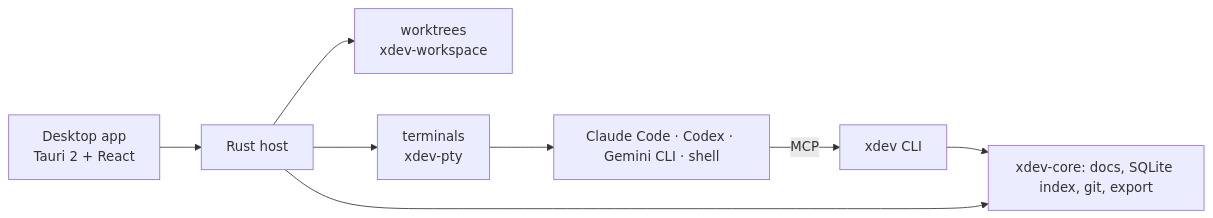
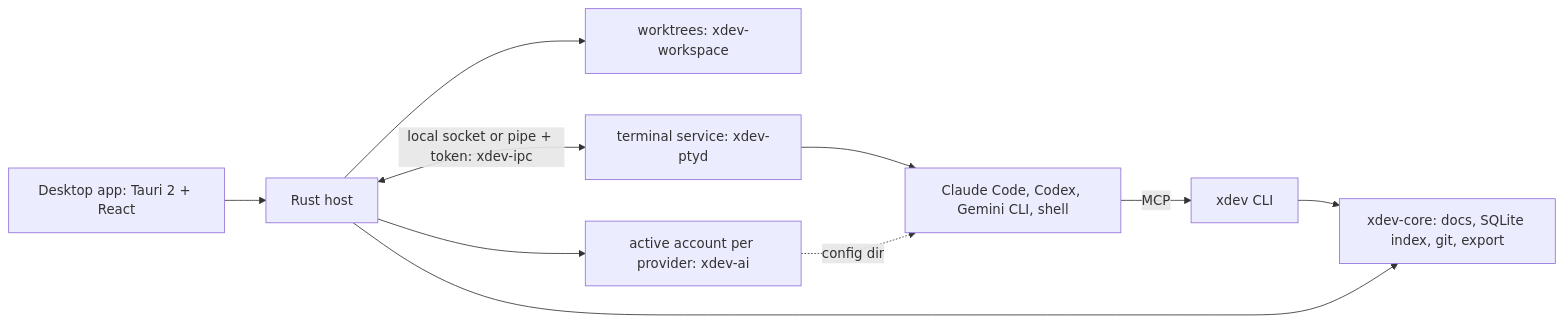
Before and after one commit to xdev-asia/.github: the diagram in profile/README.md, drawn with Mermaid. The commit also changed other lines of this file, not shown here.

Commit message:
docs: show terminal service and active accounts in architecture diagram

````diff
--- a/profile/README.md
+++ b/profile/README.md
@@ -20,10 +20,12 @@
 ```mermaid
 flowchart LR
-  UI[Desktop app<br/>Tauri 2 + React] --> Host[Rust host]
-  Host --> WS[worktrees<br/>xdev-workspace]
-  Host --> PTY[terminals<br/>xdev-pty]
-  PTY --> Agents[Claude Code · Codex · Gemini CLI · shell]
+  UI["Desktop app: Tauri 2 + React"] --> Host[Rust host]
+  Host --> WS["worktrees: xdev-workspace"]
+  Host <-->|"local socket or pipe + token: xdev-ipc"| PTYD["terminal service: xdev-ptyd"]
+  Host --> Acc["active account per provider: xdev-ai"]
+  PTYD --> Agents["Claude Code, Codex, Gemini CLI, shell"]
+  Acc -.->|config dir| Agents
   Agents -->|MCP| CLI[xdev CLI]
-  CLI --> Core[xdev-core: docs, SQLite index, git, export]
+  CLI --> Core["xdev-core: docs, SQLite index, git, export"]
   Host --> Core
 ```
````
